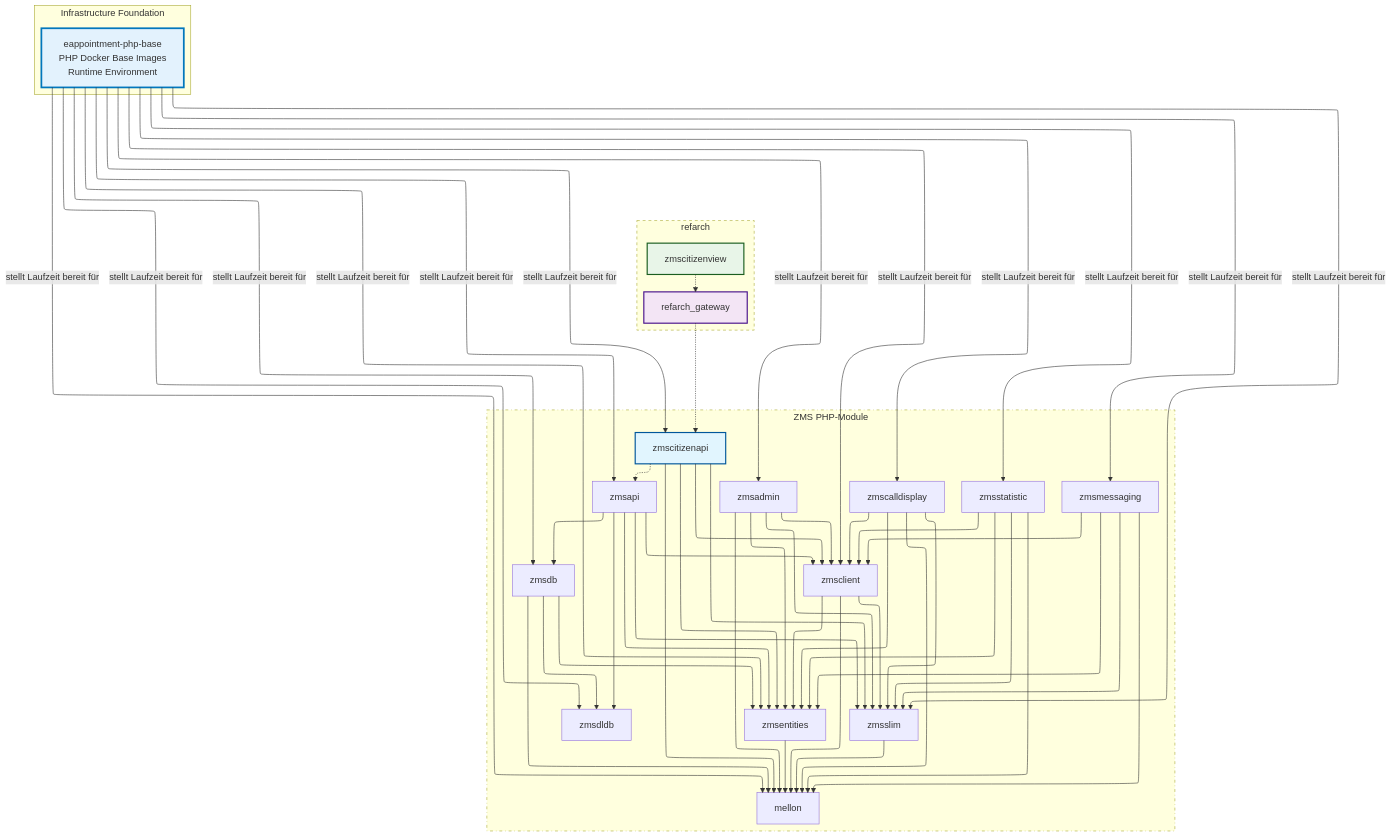
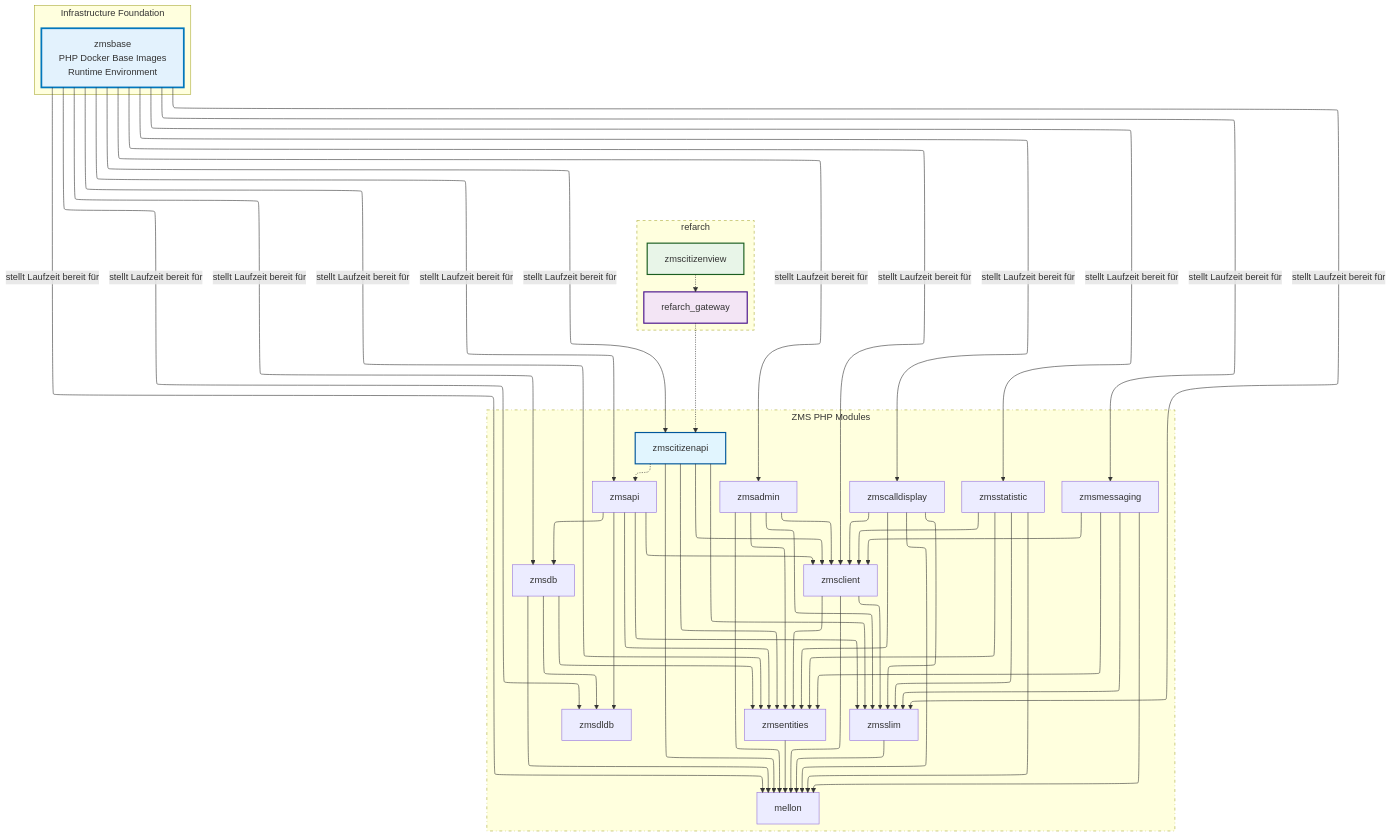
The diagram in docs/de/setup-and-development/php-base-images.md (it-at-m/eappointment), drawn with Mermaid before and after one commit. The commit also changed other lines of this file and 32 other files, not shown here.

First line of the commit message:
chore(ZMS): move php-base images into monorepo as zmsbase

```diff
--- a/docs/de/setup-and-development/php-base-images.md
+++ b/docs/de/setup-and-development/php-base-images.md
@@ -47,7 +50,7 @@
 %%{init: {"flowchart": {"defaultRenderer":"elk"}}}%%
 graph TD
     subgraph InfrastructureFoundation["Infrastructure Foundation"]
-        PHPBASE["eappointment-php-base<br>PHP Docker Base Images<br>Runtime Environment"]
+        PHPBASE["zmsbase<br>PHP Docker Base Images<br>Runtime Environment"]
     end
 
     zmsapi --> zmsslim
@@ -115,7 +118,7 @@
         zmscitizenview
     end
 
-    subgraph zms_modules["ZMS PHP-Module"]
+    subgraph zms_modules["ZMS PHP Modules"]
         style zms_modules stroke-dasharray:5 5 1 5
         zmsapi
         zmsadmin
```
